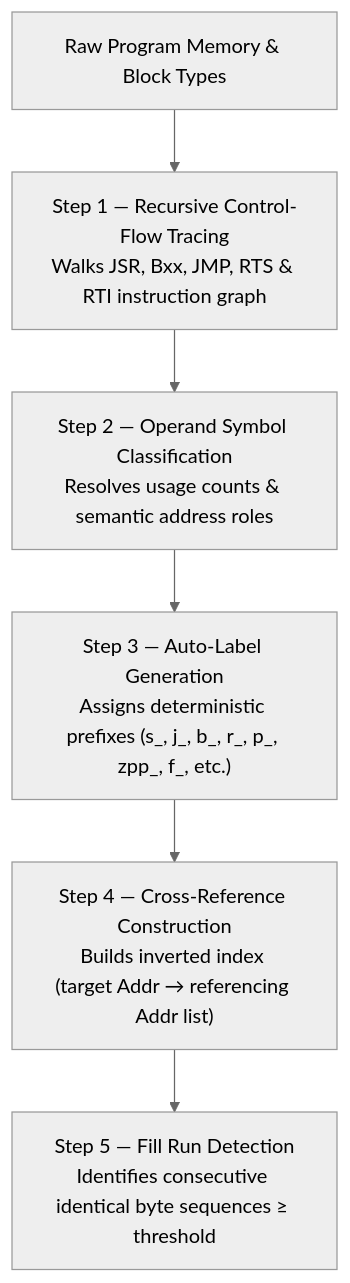
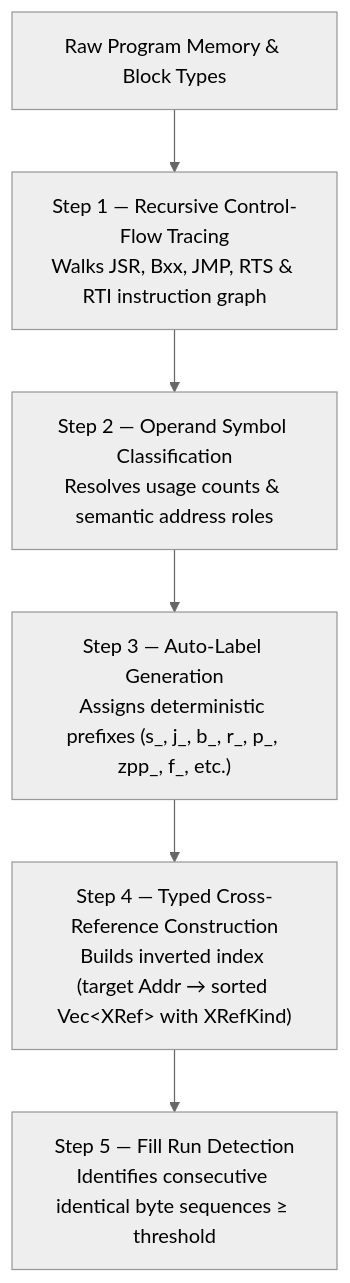
The fourth of 11 diagrams in docs/architecture.md (ricardoquesada/regenerator2000), drawn with Mermaid (neutral theme) before and after one commit. The commit also changed other lines of this file and 26 other files, not shown here.

First line of the commit message:
Add typed cross-references across analyzer, TUI, and MCP tools

````diff
--- a/docs/architecture.md
+++ b/docs/architecture.md
@@ -314,11 +315,11 @@
 ```mermaid
 flowchart TB
     Mem["Raw Program Memory & Block Types"]
     Trace["Step 1 — Recursive Control-Flow Tracing<br/>Walks JSR, Bxx, JMP, RTS & RTI instruction graph"]
     Classify["Step 2 — Operand Symbol Classification<br/>Resolves usage counts & semantic address roles"]
     Labels["Step 3 — Auto-Label Generation<br/>Assigns deterministic prefixes (s_, j_, b_, r_, p_, zpp_, f_, etc.)"]
-    XRefs["Step 4 — Cross-Reference Construction<br/>Builds inverted index (target Addr → referencing Addr list)"]
+    XRefs["Step 4 — Typed Cross-Reference Construction<br/>Builds inverted index (target Addr → sorted Vec&lt;XRef&gt; with XRefKind)"]
     Fill["Step 5 — Fill Run Detection<br/>Identifies consecutive identical byte sequences ≥ threshold"]
 
     Mem --> Trace --> Classify --> Labels --> XRefs --> Fill
 ```
````
